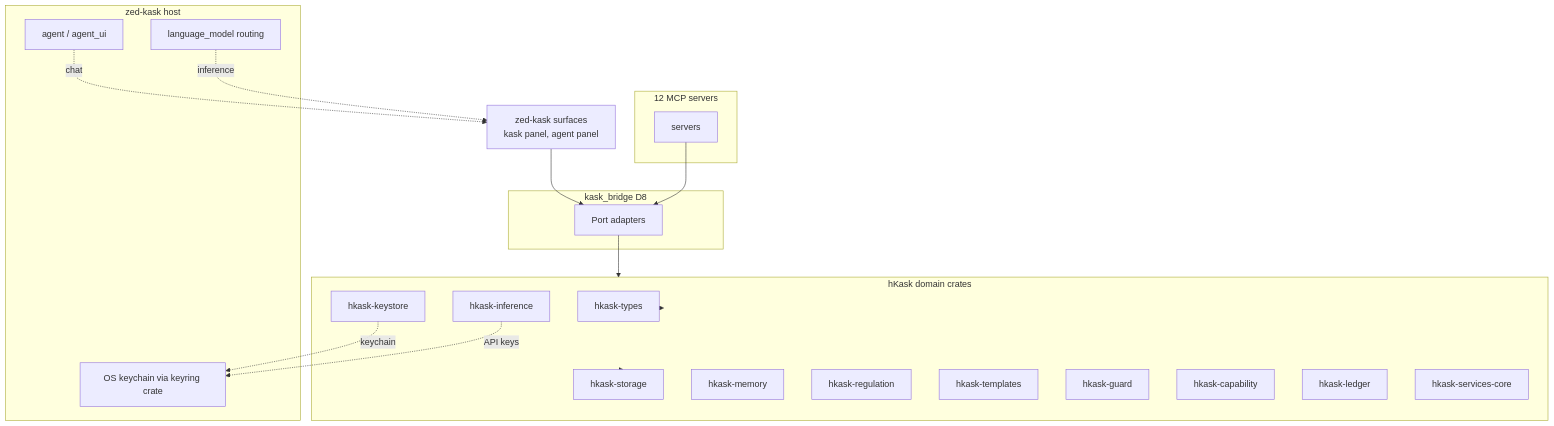
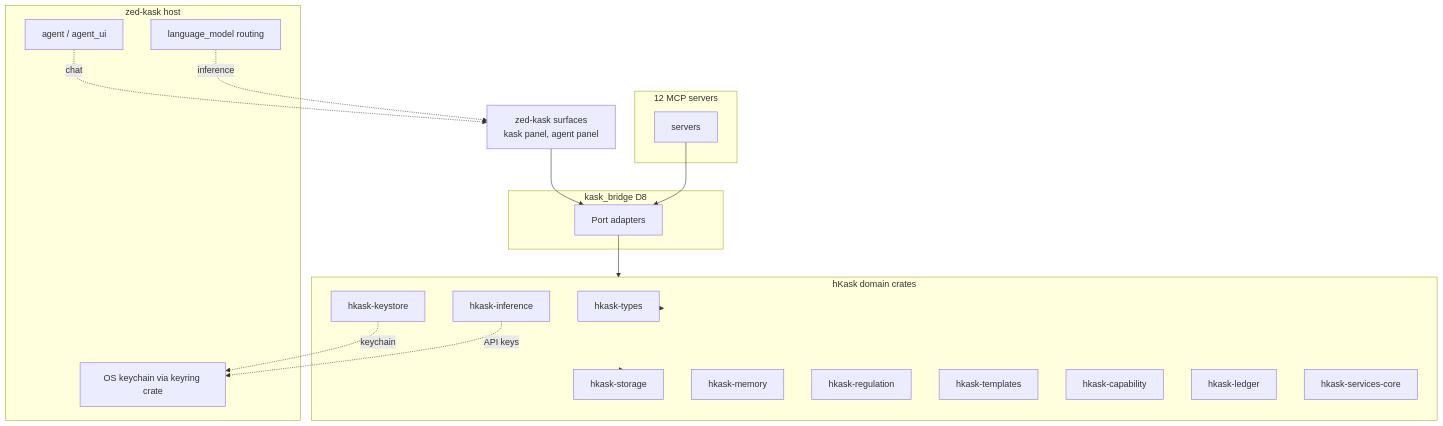
The diagram in kask/docs/architecture/core/MDS.md (mdz-axo/zed-kask), drawn with Mermaid before and after one commit. The commit also changed other lines of this file and 42 other files, not shown here.

First line of the commit message:
Remove hkask-guard crate and all references

````diff
--- a/kask/docs/architecture/core/MDS.md
+++ b/kask/docs/architecture/core/MDS.md
@@ -536,38 +536,37 @@
 ```mermaid
 graph TD
     ZEDSURF["zed-kask surfaces<br/>kask panel, agent panel"]
     subgraph BRIDGE["kask_bridge D8"]
         ADAPT["Port adapters"]
     end
     subgraph MCP["12 MCP servers"]
         MSRV[servers]
     end
     subgraph HKASK["hKask domain crates"]
         TYPES[hkask-types]
         STORE[hkask-storage]
         MEM[hkask-memory]
         REG[hkask-regulation]
         TEMPLATES[hkask-templates]
-        GUARD[hkask-guard]
         CAP[hkask-capability]
         KS[hkask-keystore]
         LEDGER[hkask-ledger]
         INF[hkask-inference]
         SVCCORE[hkask-services-core]
     end
     subgraph ZED["zed-kask host"]
         CRED[OS keychain via keyring crate]
         LM[language_model routing]
         AGENT[agent / agent_ui]
     end
 
     ZEDSURF --> ADAPT
     MSRV --> ADAPT
     ADAPT --> HKASK
     KS -.->|keychain| CRED
     INF -.->|API keys| CRED
     HKASK --> TYPES
     HKASK --> STORE
     AGENT -.->|chat| ZEDSURF
     LM -.->|inference| ZEDSURF
 ```
````
